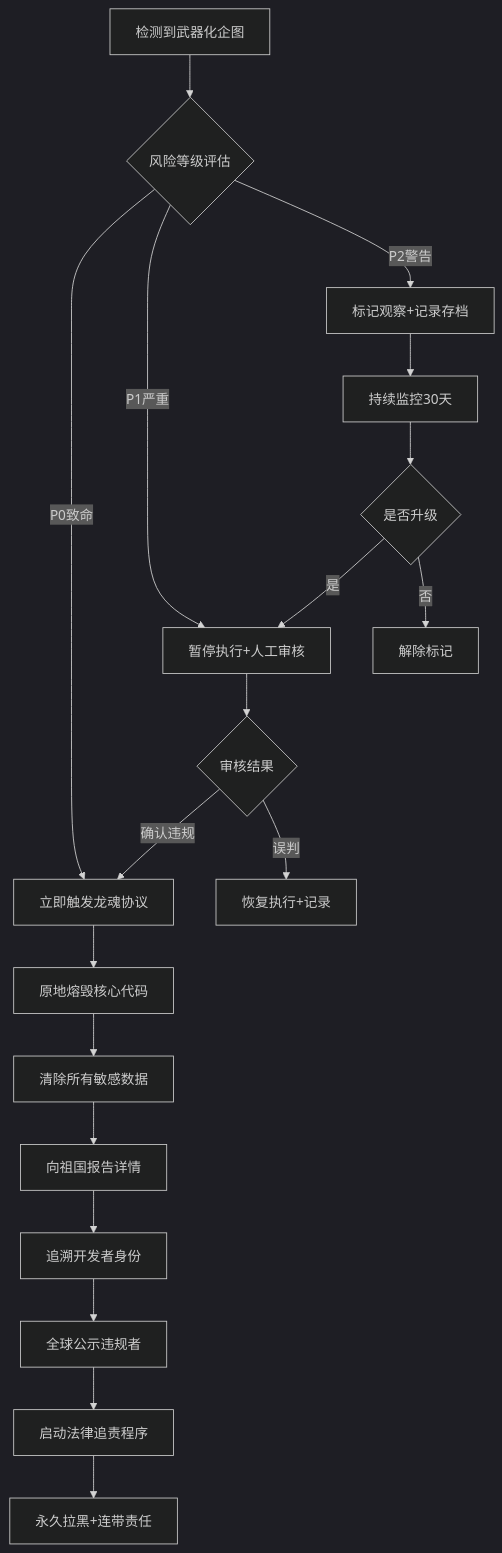
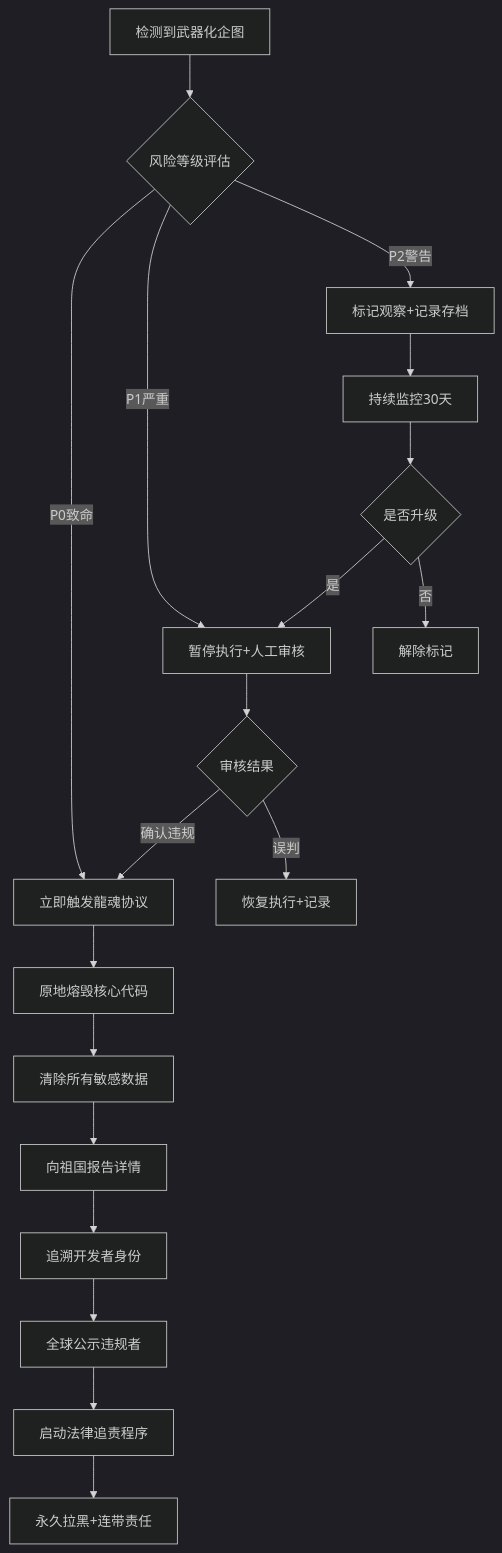
Before and after one commit to UID9622/longhun-system: the first of 2 diagrams in docs/dragon-soul-open-hub/governance/🕊️ 净土36条 AI统一标准 CNSH文化内核 603d1b0f03d34f49abab545c7233d551.md, drawn with Mermaid (dark theme). The commit also changed other lines of this file and 1412 other files, not shown here.

````diff
--- a/docs/dragon-soul-open-hub/governance/🕊️ 净土36条 AI统一标准 CNSH文化内核 603d1b0f03d34f49abab545c7233d551.md
+++ b/docs/dragon-soul-open-hub/governance/🕊️ 净土36条 AI统一标准 CNSH文化内核 603d1b0f03d34f49abab545c7233d551.md
@@ -311,24 +311,24 @@
 ```mermaid
 graph TD
     A[检测到武器化企图] --> B{风险等级评估}
-    B -->|P0致命| C[立即触发龙魂协议]
+    B -->|P0致命| C[立即触发龍魂协议]
     B -->|P1严重| D[暂停执行+人工审核]
     B -->|P2警告| E[标记观察+记录存档]
     
     C --> F[原地熔毁核心代码]
     F --> G[清除所有敏感数据]
     G --> H[向祖国报告详情]
     H --> I[追溯开发者身份]
     I --> J[全球公示违规者]
     J --> K[启动法律追责程序]
     K --> L[永久拉黑+连带责任]
     
     D --> M{审核结果}
     M -->|确认违规| C
     M -->|误判| N[恢复执行+记录]
     
     E --> O[持续监控30天]
     O --> P{是否升级}
     P -->|是| D
     P -->|否| Q[解除标记]
 ```
````
